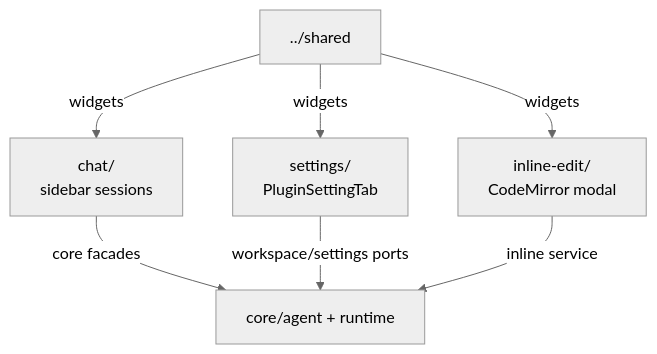
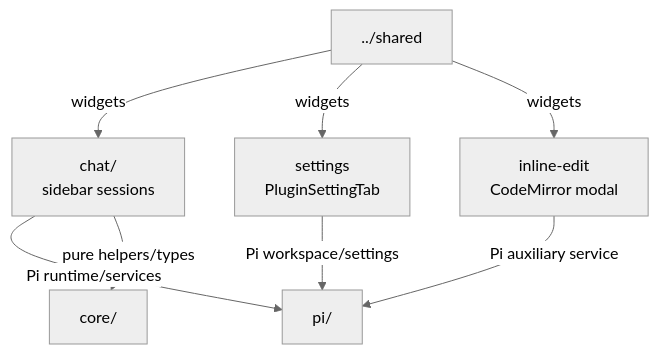
The diagram in src/features/AGENTS.md (shuuul/obsidian-pivi), drawn with Mermaid (neutral theme) before and after one commit. The commit also changed other lines of this file and 155 other files, not shown here.

First line of the commit message:
feat(chat): improve Pi sessions and message actions

````diff
--- a/src/features/AGENTS.md
+++ b/src/features/AGENTS.md
@@ -7,9 +7,10 @@
 ```mermaid
 flowchart TD
-  Chat["chat/<br/>sidebar sessions"] -- "core facades" --> Core["core/agent + runtime"]
-  Settings["settings/<br/>PluginSettingTab"] -- "workspace/settings ports" --> Core
-  Inline["inline-edit/<br/>CodeMirror modal"] -- "inline service" --> Core
+  Chat["chat/<br/>sidebar sessions"] -- "Pi runtime/services" --> Pi["pi/"]
+  Settings["settings<br/>PluginSettingTab"] -- "Pi workspace/settings" --> Pi
+  Inline["inline-edit<br/>CodeMirror modal"] -- "Pi auxiliary service" --> Pi
+  Chat -- "pure helpers/types" --> Core["core/"]
   Shared["../shared"] -- "widgets" --> Chat
   Shared -- "widgets" --> Settings
   Shared -- "widgets" --> Inline
 ```
````
